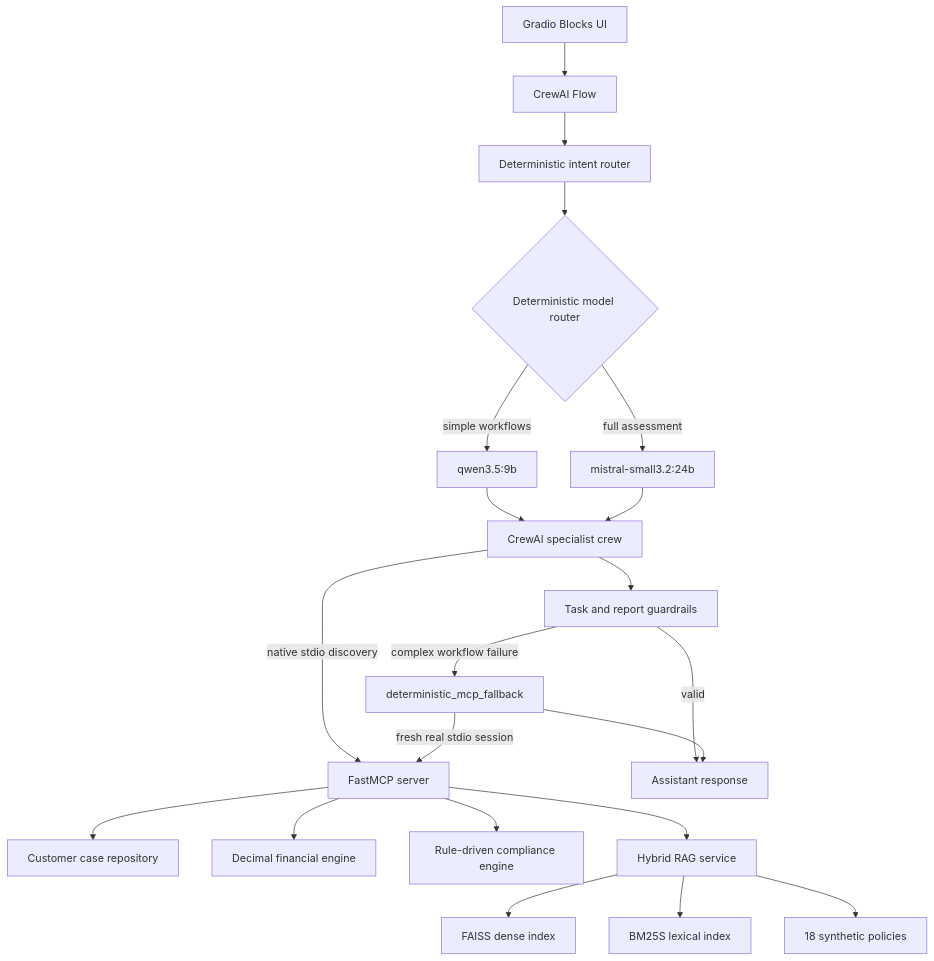
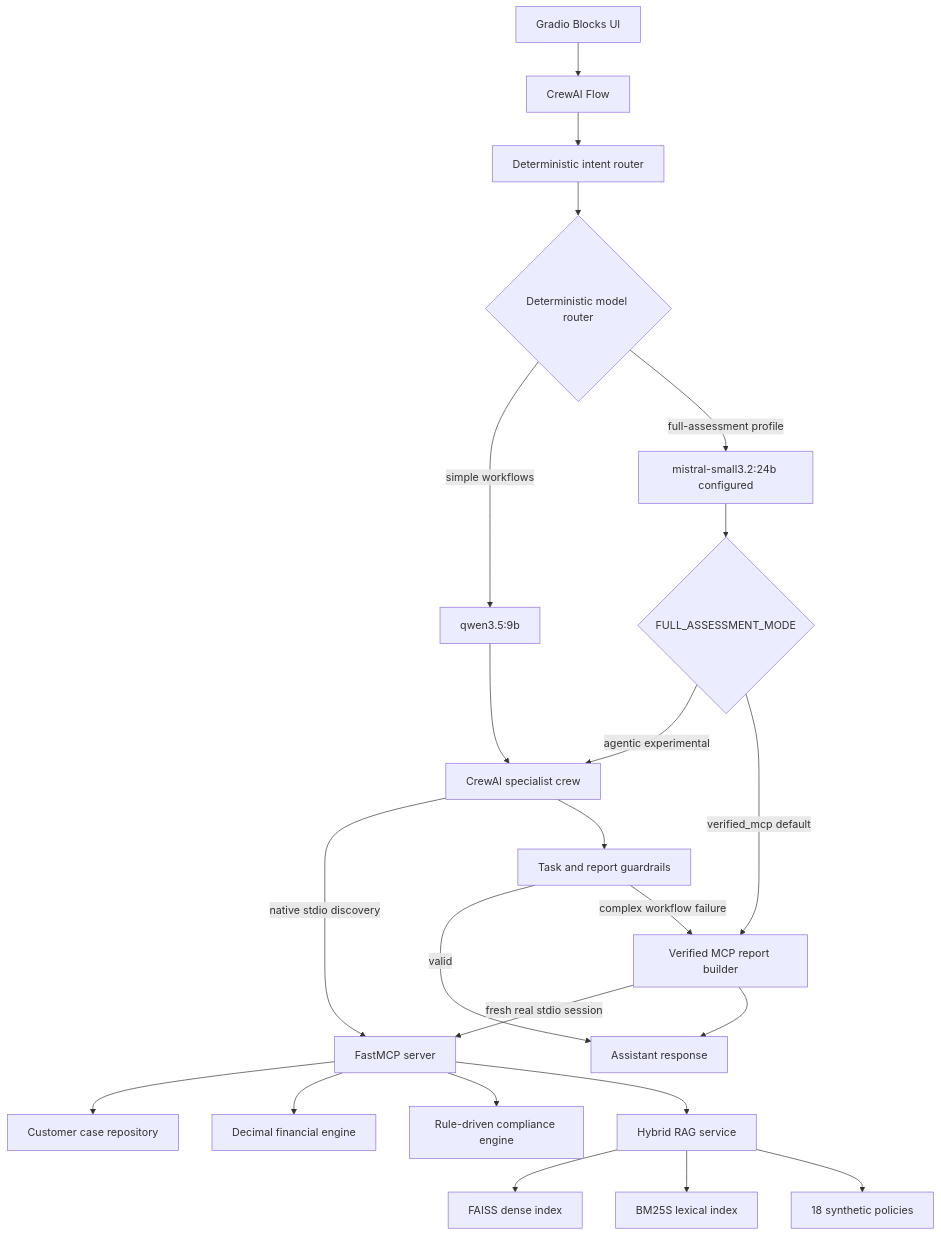
Before and after one commit to Maik-Huebner/secure-enterprise-ai-assistant: the diagram in docs/architecture.md, drawn with Mermaid. The commit also changed other lines of this file and 23 other files, not shown here.

Commit message:
Polish German demo and verified MCP safe mode

````diff
--- a/docs/architecture.md
+++ b/docs/architecture.md
@@ -3,23 +3,25 @@
 ```mermaid
 flowchart TD
     UI[Gradio Blocks UI] --> FLOW[CrewAI Flow]
     FLOW --> ROUTER[Deterministic intent router]
     ROUTER --> MODEL{Deterministic model router}
     MODEL -->|simple workflows| QWEN[qwen3.5:9b]
-    MODEL -->|full assessment| MISTRAL[mistral-small3.2:24b]
+    MODEL -->|full-assessment profile| MISTRAL[mistral-small3.2:24b configured]
     QWEN --> CREW[CrewAI specialist crew]
-    MISTRAL --> CREW
+    MISTRAL --> MODE{FULL_ASSESSMENT_MODE}
+    MODE -->|agentic experimental| CREW
+    MODE -->|verified_mcp default| FALLBACK[Verified MCP report builder]
     CREW -->|native stdio discovery| MCP[FastMCP server]
     CREW --> GUARD[Task and report guardrails]
     GUARD -->|valid| RESPONSE[Assistant response]
-    GUARD -->|complex workflow failure| FALLBACK[deterministic_mcp_fallback]
+    GUARD -->|complex workflow failure| FALLBACK
     FALLBACK -->|fresh real stdio session| MCP
     FALLBACK --> RESPONSE
     MCP --> CASES[Customer case repository]
     MCP --> FIN[Decimal financial engine]
     MCP --> COMP[Rule-driven compliance engine]
     MCP --> RAG[Hybrid RAG service]
     RAG --> FAISS[FAISS dense index]
     RAG --> BM25[BM25S lexical index]
     RAG --> KB[18 synthetic policies]
 ```
````
